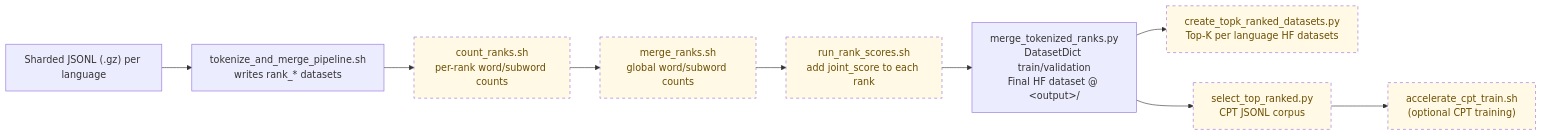
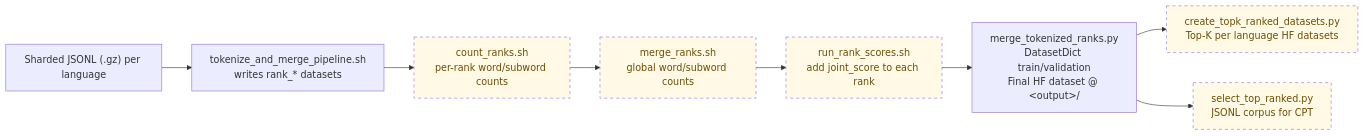
One commit to dice-group/HTYLLM-PG changed the diagram in approaches/CoLA/distributed_data_processor/README.md. Above: the diagram before and after it, drawn with Mermaid. The commit also changed other lines of this file, not shown here.

Commit message:
updated reade

````diff
--- a/approaches/CoLA/distributed_data_processor/README.md
+++ b/approaches/CoLA/distributed_data_processor/README.md
@@ -16,19 +16,18 @@
 ```mermaid
 flowchart LR
     A["Sharded JSONL (.gz) per language"]
     B["tokenize_and_merge_pipeline.sh<br>writes rank_* datasets"]
     C["count_ranks.sh<br>per-rank word/subword counts"]
     D["merge_ranks.sh<br>global word/subword counts"]
     E["run_rank_scores.sh<br>add joint_score to each rank"]
     F["merge_tokenized_ranks.py<br>DatasetDict train/validation<br>Final HF dataset @ &lt;output&gt;/"]
     G1["create_topk_ranked_datasets.py<br>Top-K per language HF datasets"]
-    G2["select_top_ranked.py<br>CPT JSONL corpus"]
-    H["accelerate_cpt_train.sh<br>(optional CPT training)"]
+    G2["select_top_ranked.py<br>JSONL corpus for CPT"]
 
     A --> B --> C --> D --> E --> F
     F --> G1
-    F --> G2 --> H
+    F --> G2
 
     classDef optional fill:#fff9e6,stroke-dasharray:5 5,color:#6b4e00
-    class C,D,E,G1,G2,H optional
+    class C,D,E,G1,G2 optional
 ```
````
